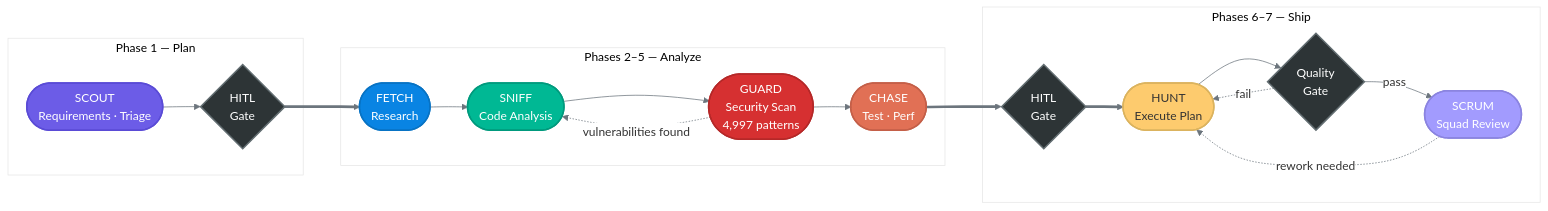
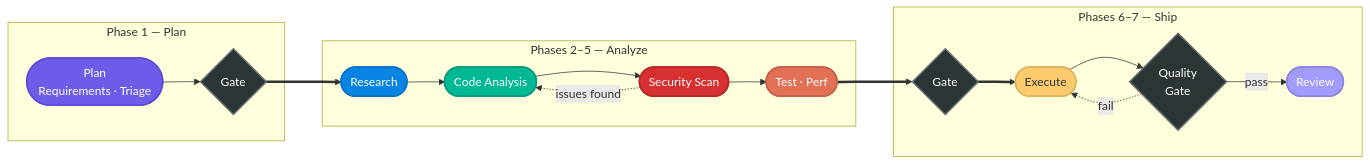
The second of 2 diagrams in README.md (theLightArchitect/CORSO), drawn with Mermaid before and after one commit. The commit also changed other lines of this file, not shown here.

Commit message:
Encapsulate architecture — remove internal component names

````diff
--- a/README.md
+++ b/README.md
@@ -117,45 +73,43 @@
 ```mermaid
-%%{init: {'theme': 'base', 'themeVariables': {'primaryColor': '#ffffff', 'lineColor': '#6c757d'}}}%%
 flowchart LR
     subgraph PLAN ["Phase 1 — Plan"]
-        S(["SCOUT<br/>Requirements · Triage"])
-        S --> PG1{"HITL<br/>Gate"}
+        S(["Plan<br/>Requirements · Triage"])
+        S --> PG1{"Gate"}
     end
 
     PG1 ==> F
 
     subgraph ANALYZE ["Phases 2–5 — Analyze"]
-        F(["FETCH<br/>Research"]) --> SN(["SNIFF<br/>Code Analysis"])
-        SN --> G(["GUARD<br/>Security Scan<br/>4,997 patterns"])
-        G --> C(["CHASE<br/>Test · Perf"])
-        G -.->|"vulnerabilities found"| SN
+        F(["Research"]) --> SN(["Code Analysis"])
+        SN --> G(["Security Scan"])
+        G --> C(["Test · Perf"])
+        G -.->|"issues found"| SN
     end
 
     C ==> PG2
 
     subgraph SHIP ["Phases 6–7 — Ship"]
-        PG2{"HITL<br/>Gate"} ==> H(["HUNT<br/>Execute Plan"])
+        PG2{"Gate"} ==> H(["Execute"])
         H --> QG{"Quality<br/>Gate"}
-        QG -->|pass| SC(["SCRUM<br/>Squad Review"])
+        QG -->|pass| SC(["Review"])
         QG -.->|fail| H
-        SC -.->|"rework needed"| H
     end
 
     classDef plan fill:#6c5ce7,color:#fff,stroke:#5a4bd6,stroke-width:2px
     classDef research fill:#0984e3,color:#fff,stroke:#0873c4,stroke-width:2px
     classDef code fill:#00b894,color:#fff,stroke:#009a7d,stroke-width:2px
     classDef security fill:#d63031,color:#fff,stroke:#b52828,stroke-width:2px
     classDef test fill:#e17055,color:#fff,stroke:#c45f48,stroke-width:2px
     classDef execute fill:#fdcb6e,color:#333,stroke:#dbb35e,stroke-width:2px
     classDef review fill:#a29bfe,color:#fff,stroke:#8b84e0,stroke-width:2px
     classDef gate fill:#2d3436,color:#fff,stroke:#636e72,stroke-width:2px
 
     class S plan
     class F research
     class SN code
     class G security
     class C test
     class H execute
     class SC review
     class PG1,PG2,QG gate
 ```
````
